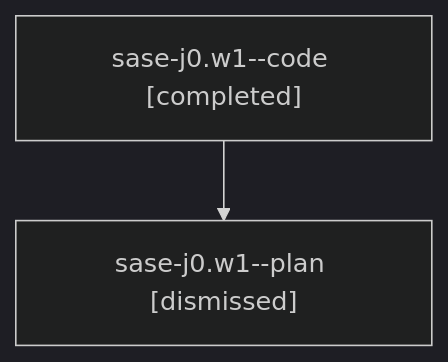
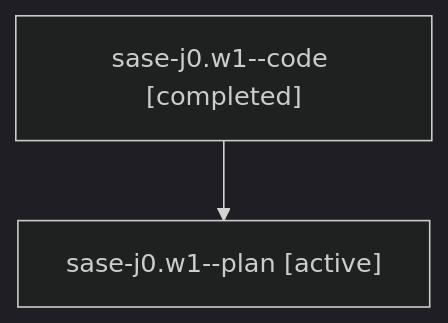
Before and after one commit to sase-org/sase--agents: the diagram in families/bbugyi200.athena.sase-j0.w1.md, drawn with Mermaid (dark theme). The commit also changed other lines of this file and 35830 other files, not shown here.

````diff
--- a/families/bbugyi200.athena.sase-j0.w1.md
+++ b/families/bbugyi200.athena.sase-j0.w1.md
@@ -9,6 +9,6 @@
 ```mermaid
 flowchart TD
   n0["sase-j0.w1--code [completed]"]
-  n1["sase-j0.w1--plan [dismissed]"]
+  n1["sase-j0.w1--plan [active]"]
   n0 --> n1
 ```
````
